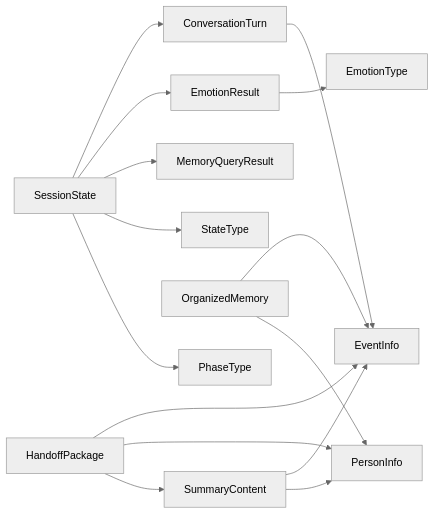
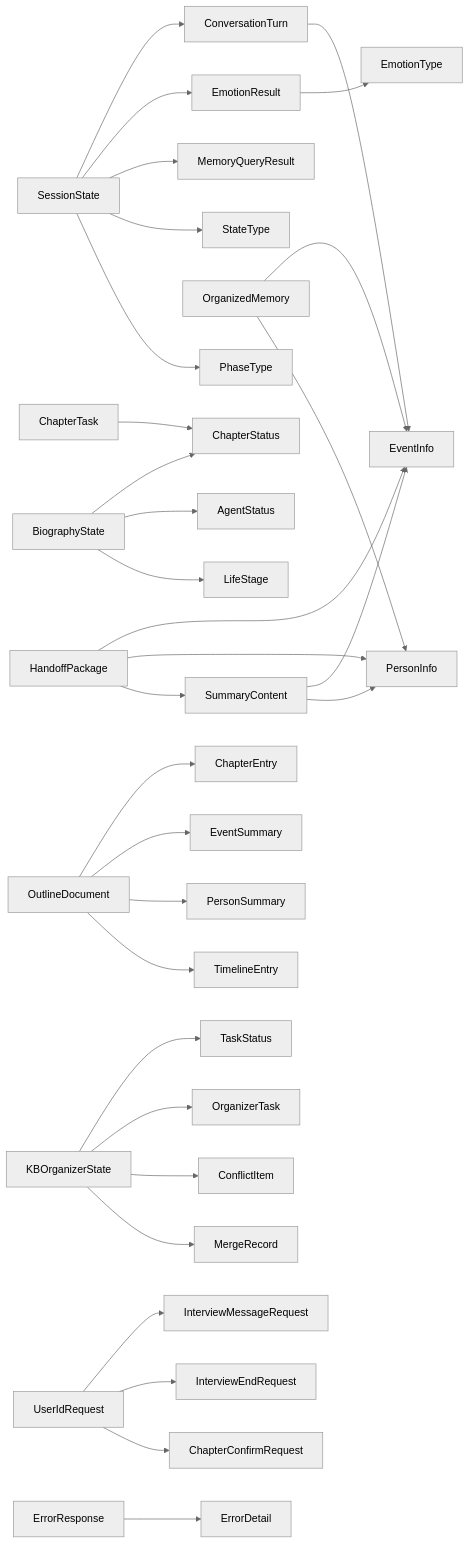
One commit to WangYiKai1017/zizuan changed diagram 11 of 11 in .qoder/repowiki/en/content/Data Models/Data Models.md. Above: the diagram before and after it, drawn with Mermaid (neutral theme). The commit also changed other lines of this file and 31 other files, not shown here.

Commit message:
refactor: 采访Agent系统重构 - 移除时间限制，改为前端显式结束信号 - 动态称呼（根据年龄/姓名/性别推断） - 话题深度评估与自动换题（8轮阈值） - 会话归档 + 下次采访建议问题生成 - 会话恢复加载上次上下文和候选问题 - user.md + summary_index.md 基础设施 - Wiki链接路径规范化 - KB查询优化（7次迭代限制、摘要目录优先、模糊缓存、/biography排除） - 53项单元测试全部通过

````diff
--- a/.qoder/repowiki/en/content/Data Models/Data Models.md
+++ b/.qoder/repowiki/en/content/Data Models/Data Models.md
@@ -608,17 +970,33 @@
 ```mermaid
 graph LR
 SessionState --> ConversationTurn
 SessionState --> EmotionResult
 SessionState --> MemoryQueryResult
 ConversationTurn --> EventInfo
 SummaryContent --> EventInfo
 SummaryContent --> PersonInfo
 HandoffPackage --> EventInfo
 HandoffPackage --> PersonInfo
 HandoffPackage --> SummaryContent
 OrganizedMemory --> EventInfo
 OrganizedMemory --> PersonInfo
 EmotionResult --> EmotionType
 SessionState --> StateType
 SessionState --> PhaseType
+BiographyState --> ChapterStatus
+BiographyState --> AgentStatus
+BiographyState --> LifeStage
+OutlineDocument --> ChapterEntry
+OutlineDocument --> EventSummary
+OutlineDocument --> PersonSummary
+OutlineDocument --> TimelineEntry
+ChapterTask --> ChapterStatus
+KBOrganizerState --> TaskStatus
+KBOrganizerState --> OrganizerTask
+KBOrganizerState --> ConflictItem
+KBOrganizerState --> MergeRecord
+UserIdRequest --> InterviewMessageRequest
+UserIdRequest --> InterviewEndRequest
+UserIdRequest --> ChapterConfirmRequest
+ErrorResponse --> ErrorDetail
 ```
````
